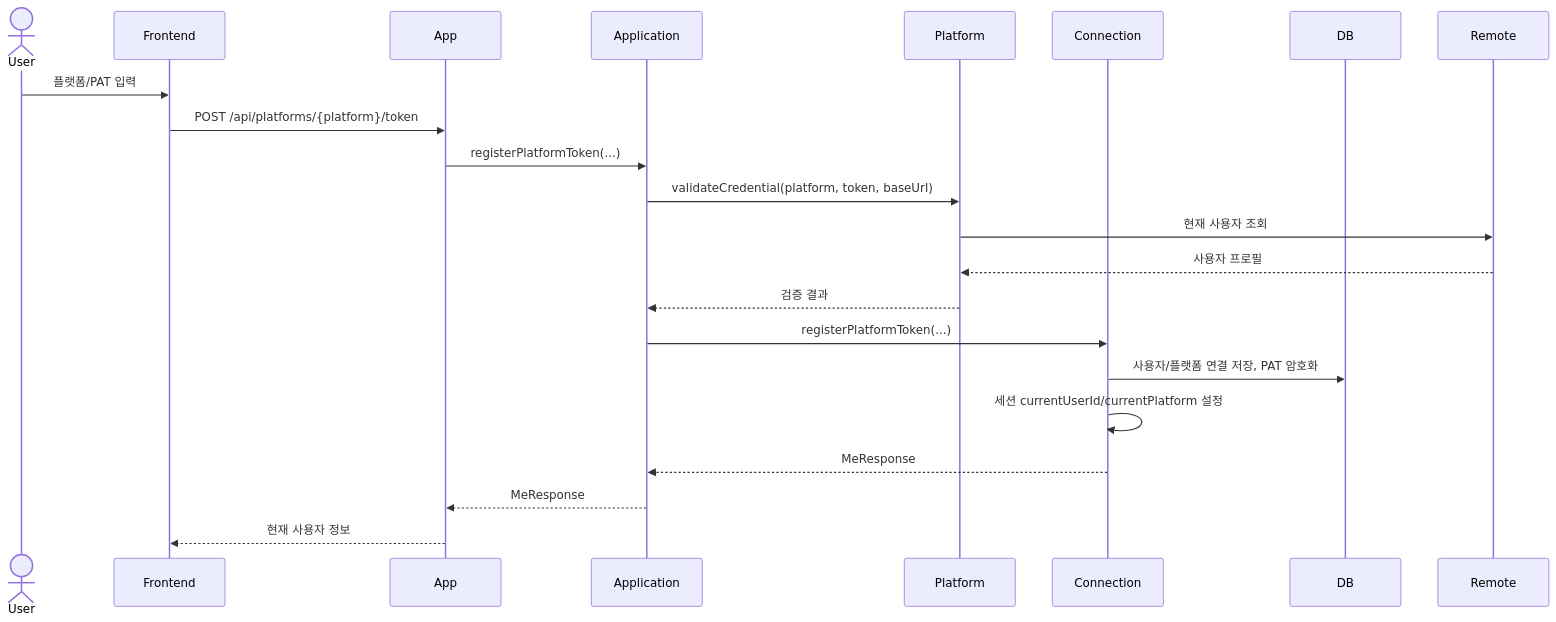
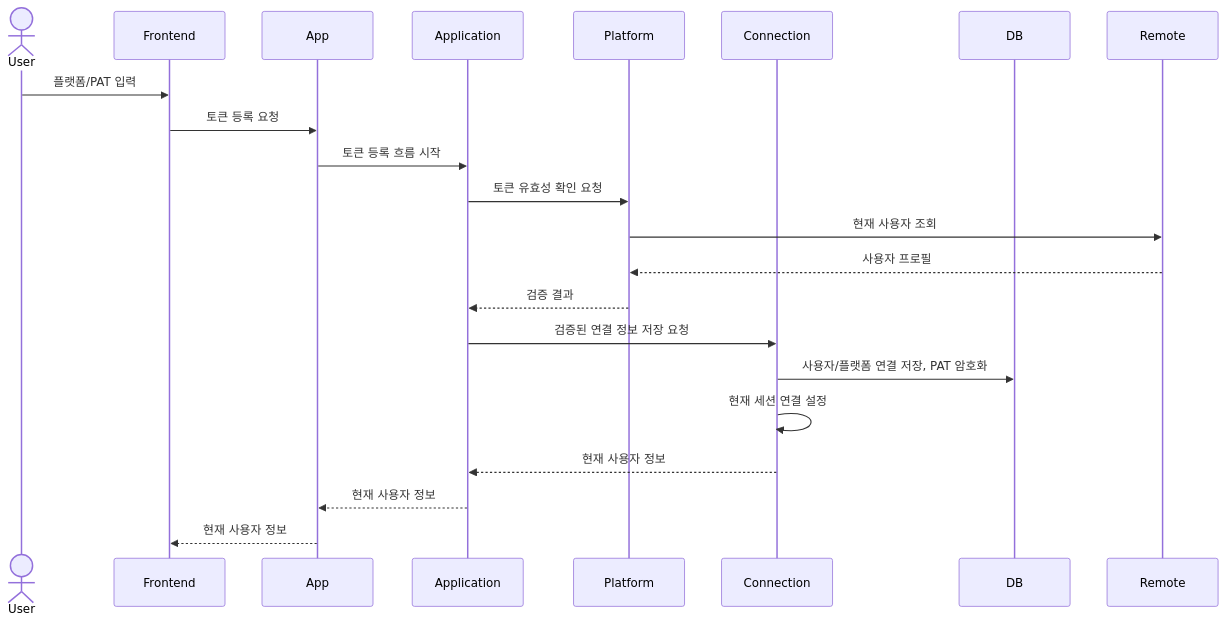
The first of 11 diagrams in docs/11-use-case-sequence-diagrams.md (Jungwoook/github-issue-manager), drawn with Mermaid before and after one commit. The commit also changed other lines of this file and 3 other files, not shown here.

````diff
--- a/docs/11-use-case-sequence-diagrams.md
+++ b/docs/11-use-case-sequence-diagrams.md
@@ -18,25 +21,25 @@
 ```mermaid
 sequenceDiagram
     actor User
     participant Frontend
     participant App
     participant Application
     participant Platform
     participant Connection
     participant DB
     participant Remote
 
     User->>Frontend: 플랫폼/PAT 입력
-    Frontend->>App: POST /api/platforms/{platform}/token
-    App->>Application: registerPlatformToken(...)
-    Application->>Platform: validateCredential(platform, token, baseUrl)
+    Frontend->>App: 토큰 등록 요청
+    App->>Application: 토큰 등록 흐름 시작
+    Application->>Platform: 토큰 유효성 확인 요청
     Platform->>Remote: 현재 사용자 조회
     Remote-->>Platform: 사용자 프로필
     Platform-->>Application: 검증 결과
-    Application->>Connection: registerPlatformToken(...)
+    Application->>Connection: 검증된 연결 정보 저장 요청
     Connection->>DB: 사용자/플랫폼 연결 저장, PAT 암호화
-    Connection->>Connection: 세션 currentUserId/currentPlatform 설정
-    Connection-->>Application: MeResponse
-    Application-->>App: MeResponse
+    Connection->>Connection: 현재 세션 연결 설정
+    Connection-->>Application: 현재 사용자 정보
+    Application-->>App: 현재 사용자 정보
     App-->>Frontend: 현재 사용자 정보
 ```
````
